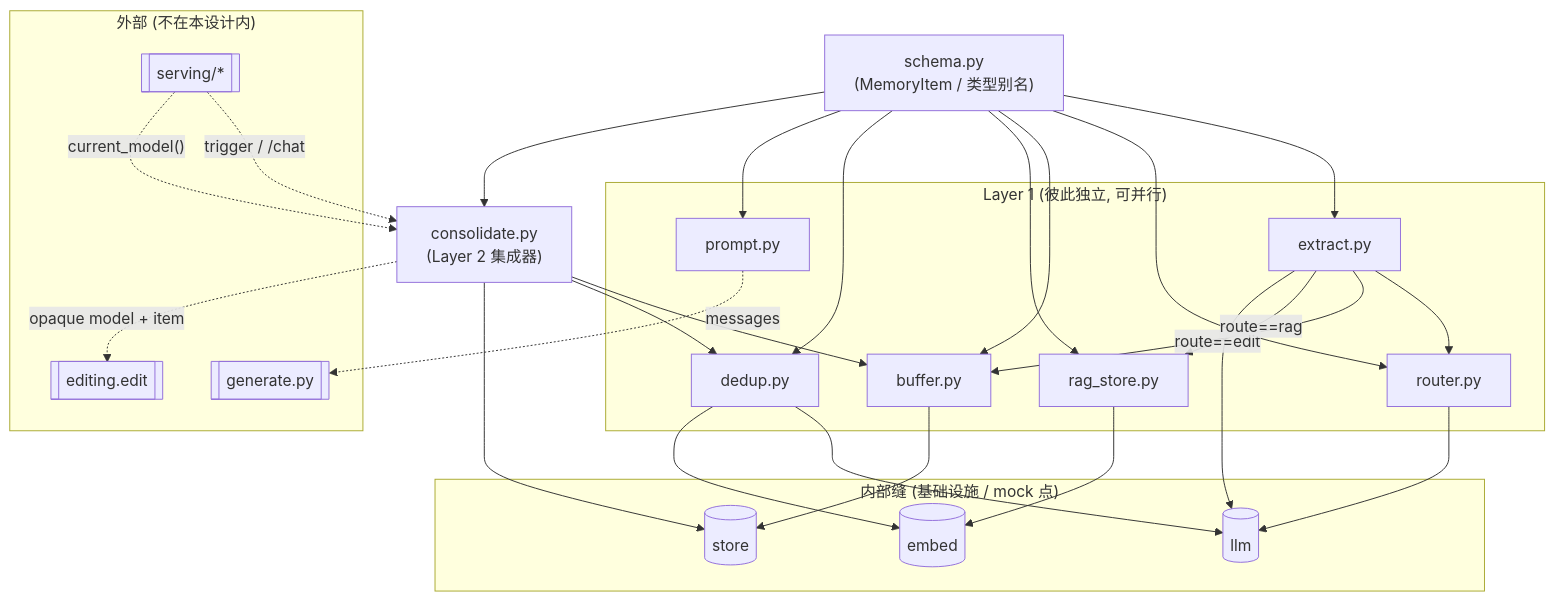
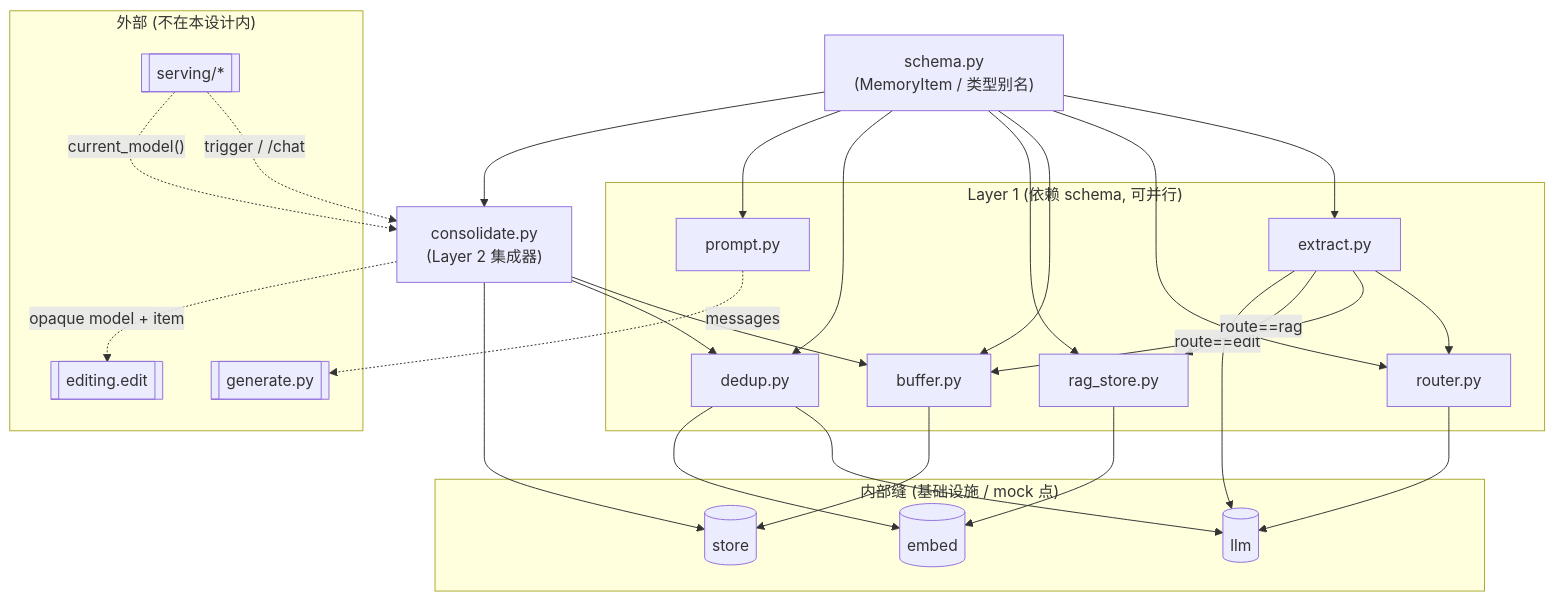
The first of 2 diagrams in docs/memory/DESIGN.md (xesws/AIEHackathon), drawn with Mermaid before and after one commit. The commit also changed other lines of this file, not shown here.

````diff
--- a/docs/memory/DESIGN.md
+++ b/docs/memory/DESIGN.md
@@ -14,55 +14,55 @@
 ```mermaid
 flowchart TD
     schema["schema.py<br/>(MemoryItem / 类型别名)"]
 
-    subgraph L1["Layer 1 (彼此独立, 可并行)"]
+    subgraph L1["Layer 1 (依赖 schema, 可并行)"]
         extract["extract.py"]
         router["router.py"]
         buffer["buffer.py"]
         rag["rag_store.py"]
         dedup["dedup.py"]
         prompt["prompt.py"]
     end
 
     consolidate["consolidate.py<br/>(Layer 2 集成器)"]
 
     subgraph SEAMS["内部缝 (基础设施 / mock 点)"]
         llm[("llm")]
         embed[("embed")]
         store[("store")]
     end
 
     subgraph EXT["外部 (不在本设计内)"]
         editing[["editing.edit"]]
         generate[["generate.py"]]
         serving[["serving/*"]]
     end
 
     schema --> extract
     schema --> router
     schema --> buffer
     schema --> rag
     schema --> dedup
     schema --> prompt
     schema --> consolidate
 
     extract --> router
     extract -- "route==edit" --> buffer
     extract -- "route==rag" --> rag
 
     consolidate --> buffer
     consolidate --> dedup
 
     extract --> llm
     router --> llm
     dedup --> llm
     rag --> embed
     dedup --> embed
     buffer --> store
     consolidate --> store
 
     consolidate -. "opaque model + item" .-> editing
     prompt -. "messages" .-> generate
     serving -. "trigger / /chat" .-> consolidate
     serving -. "current_model()" .-> consolidate
 ```
````
